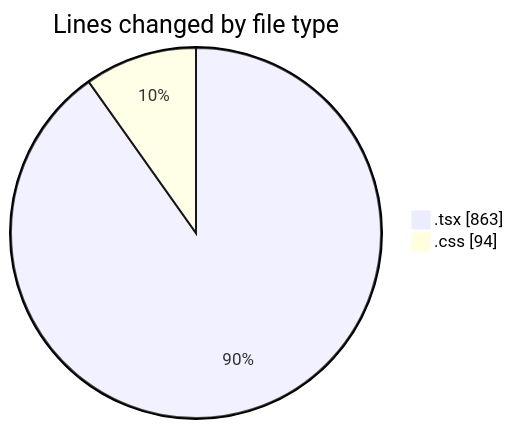
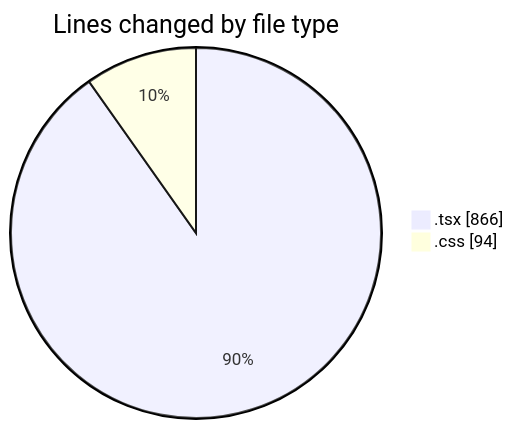
The first of 2 diagrams in 2025-02-07/portofolio/README.md (donsfak/code-tracking), drawn with Mermaid before and after one commit. The commit also changed other lines of this file and 1 other file, not shown here.

````diff
--- a/2025-02-07/portofolio/README.md
+++ b/2025-02-07/portofolio/README.md
@@ -21,6 +21,6 @@
 ```mermaid
 pie showData
 title Lines changed by file type
-".tsx" : 863
+".tsx" : 866
 ".css" : 94
 ```
````
